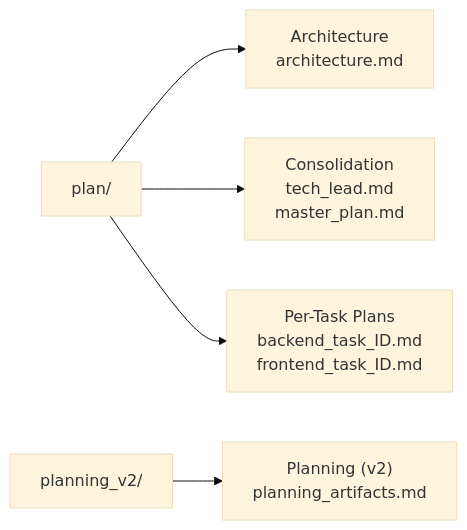
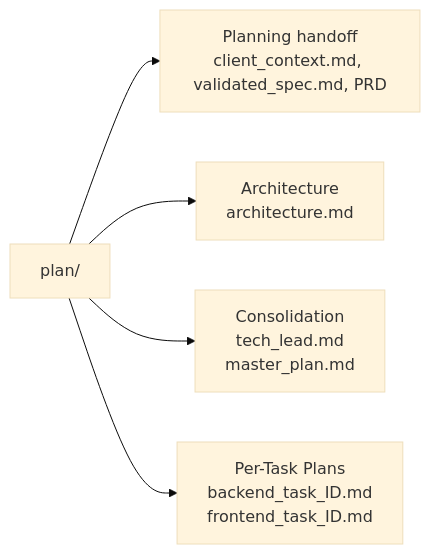
Before and after one commit to brandonkindred/Khala-Agentic-AI-Teams: diagram 11 of 15 in docs/ARCHITECTURE.md, drawn with Mermaid (base theme). The commit also changed other lines of this file and 217 other files, not shown here.

````diff
--- a/docs/ARCHITECTURE.md
+++ b/docs/ARCHITECTURE.md
@@ -509,13 +509,12 @@
 ```mermaid
 flowchart LR
     PlanDir["plan/"]
-    P2Dir["planning_v2/"]
 
-    P2Dir --> P2Art["Planning (v2)\nplanning_artifacts.md"]
+    PlanDir --> PlanArt["Planning handoff\nclient_context.md, validated_spec.md, PRD"]
 
     PlanDir --> ArchArt["Architecture\narchitecture.md"]
 
     PlanDir --> ConsolArt["Consolidation\ntech_lead.md\nmaster_plan.md"]
 
     PlanDir --> PerTaskArt["Per-Task Plans\nbackend_task_ID.md\nfrontend_task_ID.md"]
 ```
````
